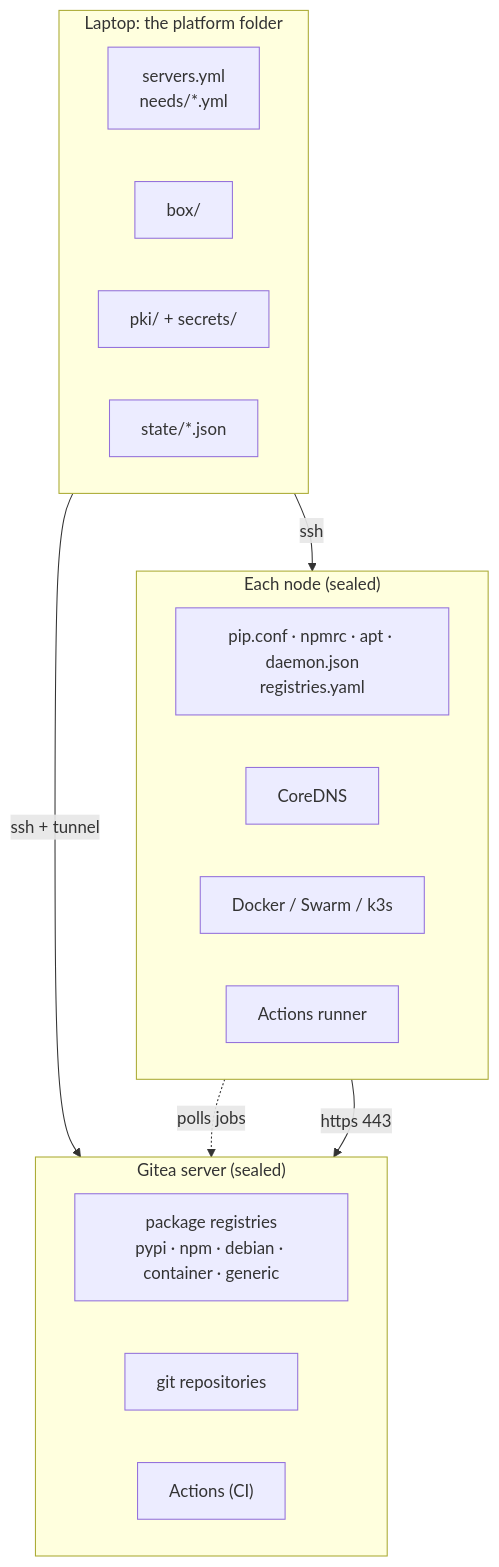
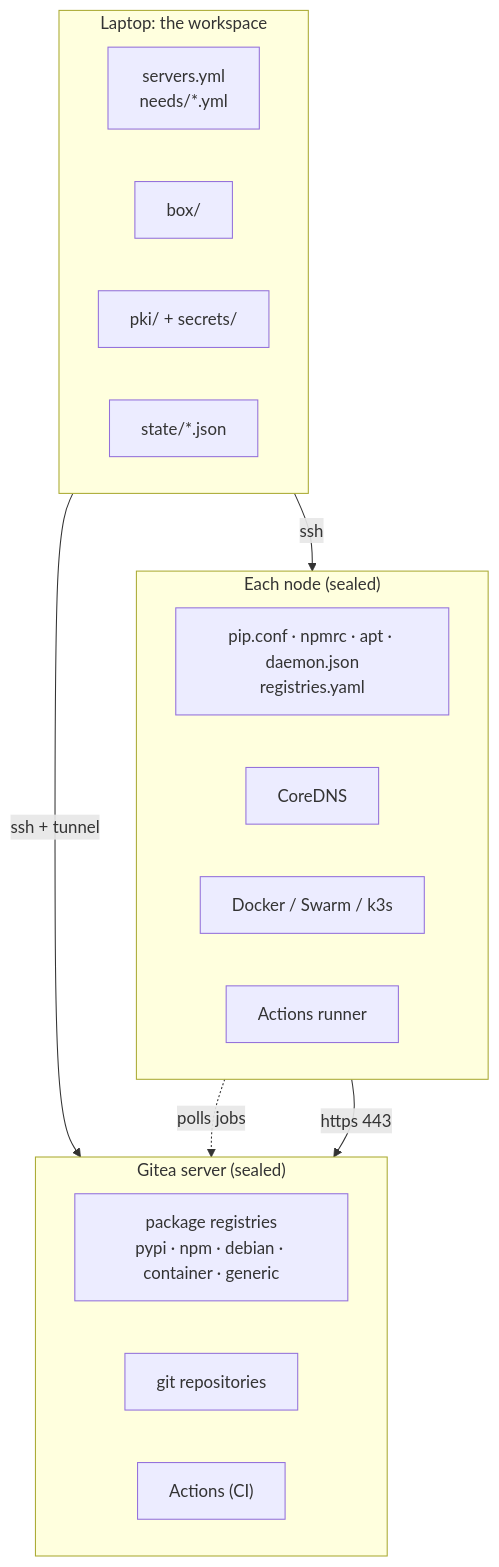
Before and after one commit to bshadmehr98/outpost: the diagram in docs/architecture/overview.md, drawn with Mermaid. The commit also changed other lines of this file and 24 other files, not shown here.

Commit message:
docs: the user docs say workspace (platform-folder.md is workspace.md); real counts; the module map, the ssh config rules, the admin password and the four checks match the code

````diff
--- a/docs/architecture/overview.md
+++ b/docs/architecture/overview.md
@@ -9,27 +10,27 @@
 ```mermaid
 flowchart TB
-    subgraph laptop["Laptop: the platform folder"]
+    subgraph laptop["Laptop: the workspace"]
         direction LR
         cfg["servers.yml<br/>needs/*.yml"]
         box["box/"]
         pki["pki/ + secrets/"]
         state["state/*.json"]
     end
     subgraph gitea["Gitea server (sealed)"]
         direction LR
         reg["package registries<br/>pypi · npm · debian · container · generic"]
         git["git repositories"]
         act["Actions (CI)"]
     end
     subgraph node["Each node (sealed)"]
         direction LR
         clients["pip.conf · npmrc · apt · daemon.json<br/>registries.yaml"]
         dns["CoreDNS"]
         rt["Docker / Swarm / k3s"]
         runner["Actions runner"]
     end
     laptop -- "ssh + tunnel" --> gitea
     laptop -- "ssh" --> node
     node -- "https 443" --> gitea
     runner -. "polls jobs" .-> act
 ```
````
